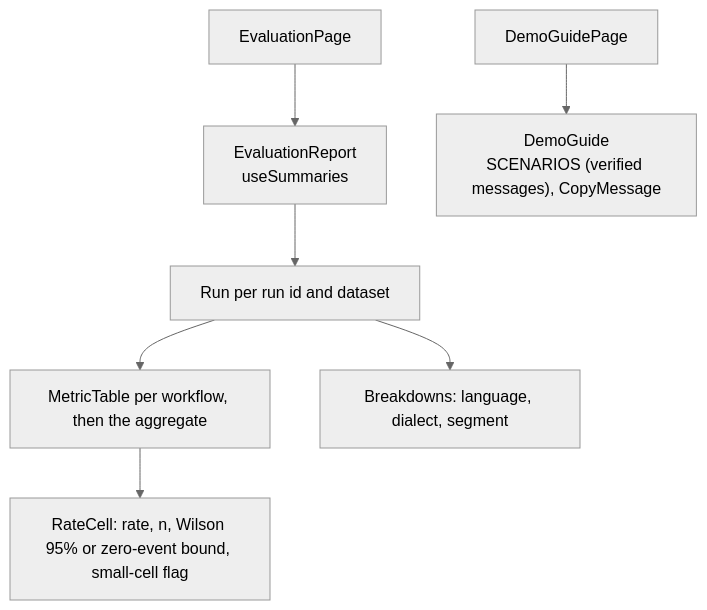
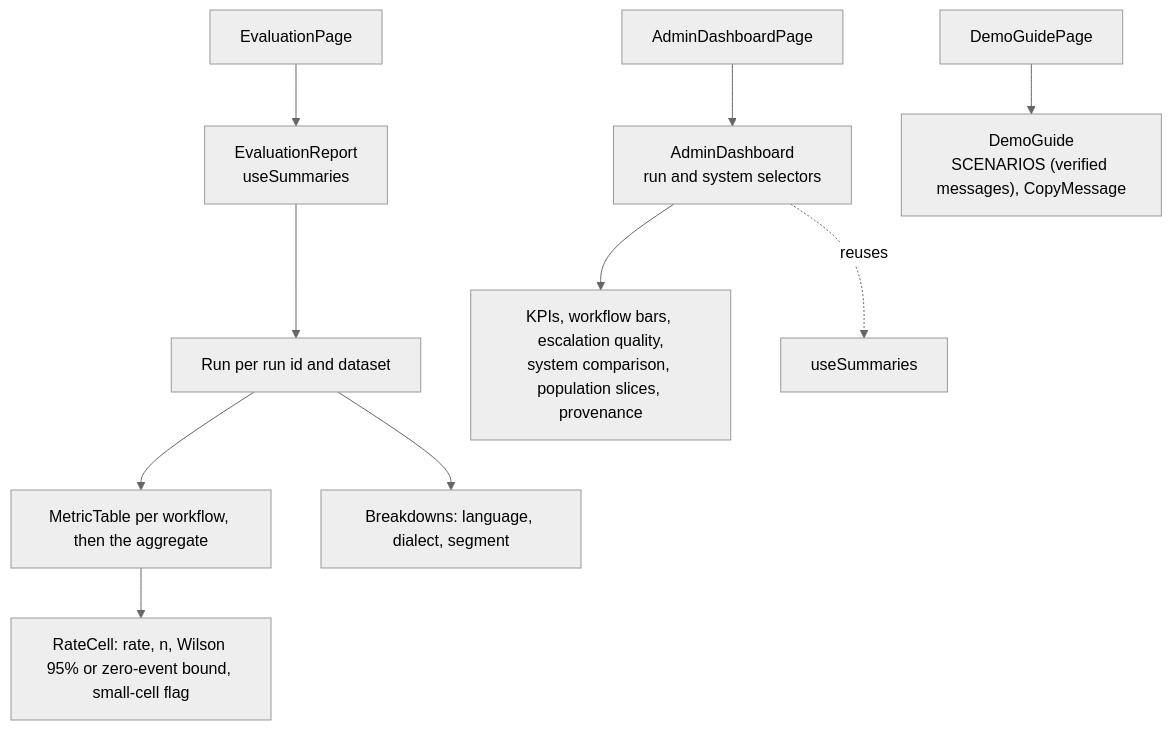
One commit to Youngermaster/factored-hackathon-2026-la-brasil-del-70 changed the fourth of 5 diagrams in docs/frontend/features.md. Above: the diagram before and after it, drawn with Mermaid (neutral theme). The commit also changed other lines of this file and 19 other files, not shown here.

````diff
--- a/docs/frontend/features.md
+++ b/docs/frontend/features.md
@@ -67,9 +68,12 @@
 ```mermaid
 flowchart TD
     evalPage["EvaluationPage"] --> report["EvaluationReport<br/>useSummaries"]
     report --> run["Run per run id and dataset"]
     run --> tables["MetricTable per workflow, then the aggregate"]
     run --> breakdowns["Breakdowns: language, dialect, segment"]
     tables --> cells["RateCell: rate, n, Wilson 95% or zero-event bound, small-cell flag"]
+    dashboardPage["AdminDashboardPage"] --> dashboard["AdminDashboard<br/>run and system selectors"]
+    dashboard --> dashboardViews["KPIs, workflow bars, escalation quality,<br/>system comparison, population slices, provenance"]
+    dashboard -.->|reuses| reportData["useSummaries"]
     demoPage["DemoGuidePage"] --> guide["DemoGuide<br/>SCENARIOS (verified messages), CopyMessage"]
 ```
````
